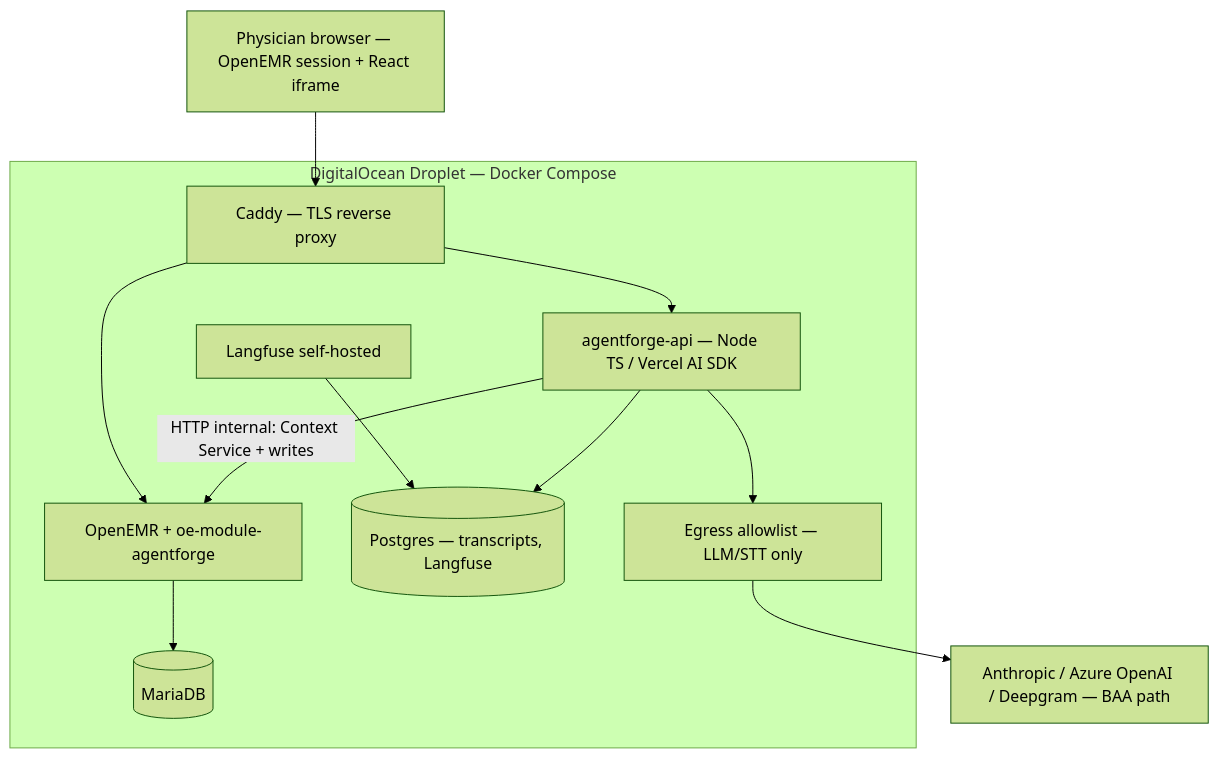
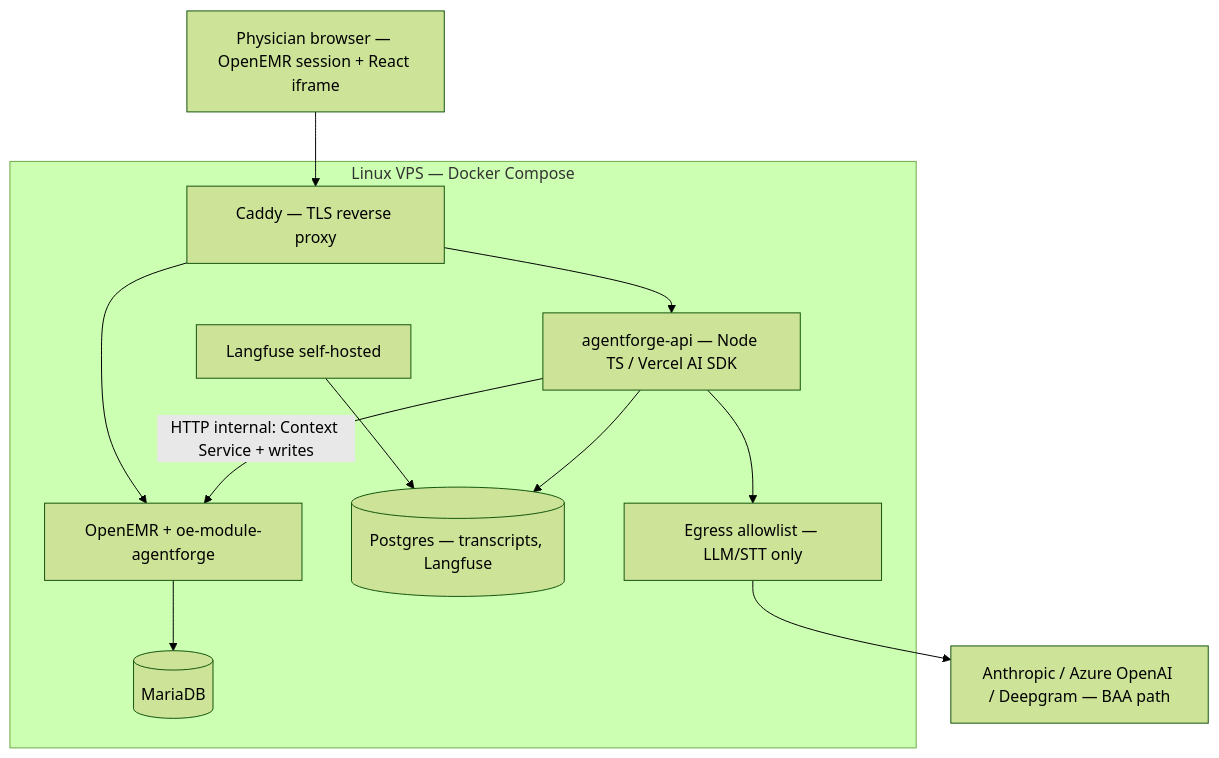
The diagram in ARCHITECTURE.md (jdijols/openEMR), drawn with Mermaid (forest theme) before and after one commit. The commit also changed other lines of this file and 4 other files, not shown here.

Commit message:
docs(agentforge): VPS deploy trail + ARCHITECTURE generic VPS

````diff
--- a/ARCHITECTURE.md
+++ b/ARCHITECTURE.md
@@ -54,24 +54,24 @@
 ```mermaid
 flowchart TB
-    subgraph DO["DigitalOcean Droplet — Docker Compose"]
+    subgraph VPS["Linux VPS — Docker Compose"]
         Caddy["Caddy — TLS reverse proxy"]
         OE["OpenEMR + oe-module-agentforge"]
         DB[(MariaDB)]
         API["agentforge-api — Node TS / Vercel AI SDK"]
         PG[(Postgres — transcripts, Langfuse)]
         LF["Langfuse self-hosted"]
         EP["Egress allowlist — LLM/STT only"]
 
         OE --> DB
         API --> PG
         LF --> PG
         API --> EP
         API -->|"HTTP internal: Context Service + writes"| OE
     end
 
     Browser["Physician browser — OpenEMR session + React iframe"]
     Browser --> Caddy
     Caddy --> OE
     Caddy --> API
     EP --> Cloud["Anthropic / Azure OpenAI / Deepgram — BAA path"]
 ```
````
